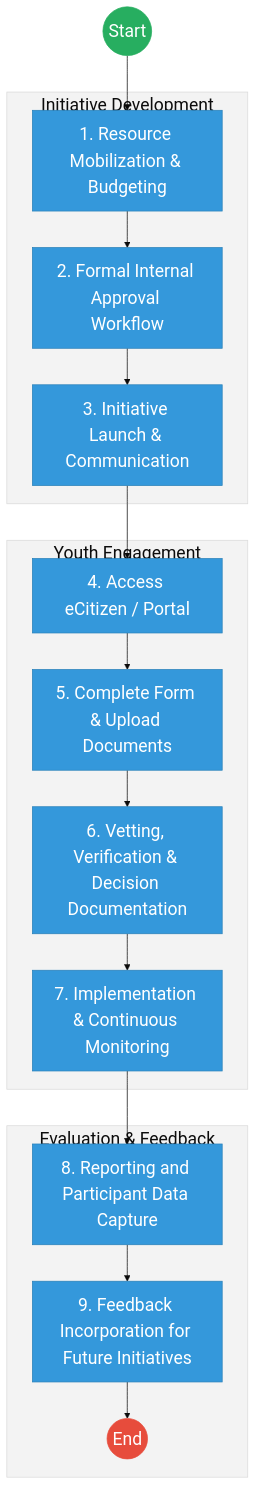
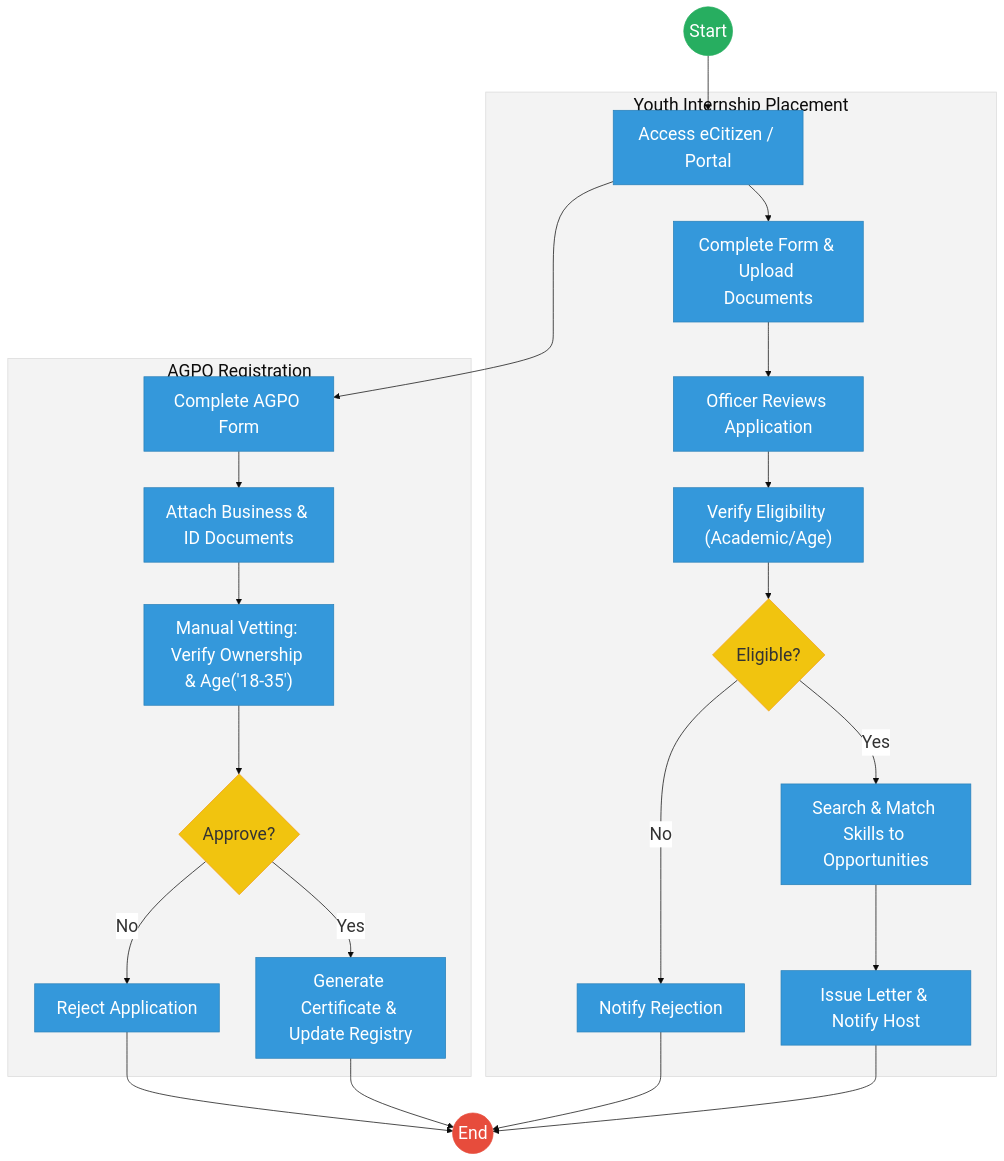
One commit to BITZ-IT-Consulting-LTD/ictapoc changed the first of 2 diagrams in mdas/docs_final/priority_mdas/Youth_Affairs___Service_Delivery.md. Above: the diagram before and after it, drawn with Mermaid. The commit also changed other lines of this file and 90 other files, not shown here.

````diff
--- a/mdas/docs_final/priority_mdas/Youth_Affairs___Service_Delivery.md
+++ b/mdas/docs_final/priority_mdas/Youth_Affairs___Service_Delivery.md
@@ -77,31 +38,40 @@
 ```mermaid
 %%{init: { 'theme': 'base', 'themeVariables': { 'fontSize': '24px', 'fontFamily': 'Inter, system-ui, sans-serif', 'primaryColor': '#ffffff', 'edgeLabelBackground':'#ffffff', 'tertiaryColor': '#f3f3f3', 'mainBkg': '#ffffff', 'nodeBorder': '#333333' } } }%%
 graph TD
-    Start((Start)) --> Mob["1. Resource Mobilization & Budgeting"]
+    Start((Start)) --> Access["Access eCitizen / Portal"]
     
-    subgraph Initiative["Initiative Development"]
-        Mob --> Approve["2. Formal Internal Approval Workflow"]
-        Approve --> Launch["3. Initiative Launch & Communication"]
-    end
-
-    subgraph Participation["Youth Engagement"]
-        Launch --> Access["4. Access eCitizen / Portal"]
-        Access --> Form["5. Complete Form & Upload Documents"]
-        Form --> Vetting["6. Vetting, Verification & Decision Documentation"]
-        Vetting --> Impact["7. Implementation & Continuous Monitoring"]
+    subgraph Internship["Youth Internship Placement"]
+        Access --> Form["Complete Form & Upload Documents"]
+        Form --> Review["Officer Reviews Application"]
+        Review --> Verify["Verify Eligibility (Academic/Age)"]
+        Verify --> Eligible{"Eligible?"}
+        
+        Eligible -- "Yes" --> Search["Search & Match Skills to Opportunities"]
+        Search --> Issue["Issue Letter & Notify Host"]
+        Eligible -- "No" --> Reject["Notify Rejection"]
     end
     
-    subgraph Outcomes["Evaluation & Feedback"]
-        Impact --> Report["8. Reporting and Participant Data Capture"]
-        Report --> Feed["9. Feedback Incorporation for Future Initiatives"]
-        Feed --> End((End))
+    subgraph AGPO["AGPO Registration"]
+        Access --> AGPO_Form["Complete AGPO Form"]
+        AGPO_Form --> Attach["Attach Business & ID Documents"]
+        Attach --> Vetting["Manual Vetting: Verify Ownership & Age('18-35')"]
+        Vetting --> Appr{"Approve?"}
+        
+        Appr -- "Yes" --> Cert["Generate Certificate & Update Registry"]
+        Appr -- "No" --> Rej_AGPO["Reject Application"]
     end
+    
+    Issue --> End((End))
+    Cert --> End
+    Reject --> End
+    Rej_AGPO --> End
 
     classDef start fill:#27ae60,stroke:#27ae60,color:#fff,font-size:24px,font-size:24px;;
     classDef endNode fill:#e74c3c,stroke:#e74c3c,color:#fff,font-size:24px,font-size:24px;;
     classDef userTask fill:#3498db,stroke:#2980b9,color:#fff,font-size:24px,font-size:24px;;
-    
+    classDef gateway fill:#f1c40f,stroke:#f39c12,color:#333,font-size:24px,font-size:24px;;
     class Start start;
     class End endNode;
-    class Mob,Approve,Launch,Access,Form,Vetting,Impact,Report,Feed userTask;
+    class Eligible,Appr gateway;
+    class Access,Form,Review,Verify,Search,Issue,Reject,AGPO_Form,Attach,Vetting,Cert,Rej_AGPO userTask;
 ```
````
